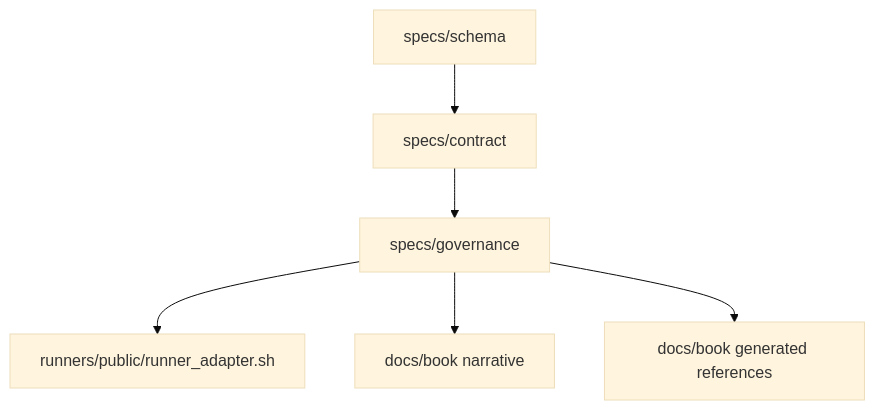
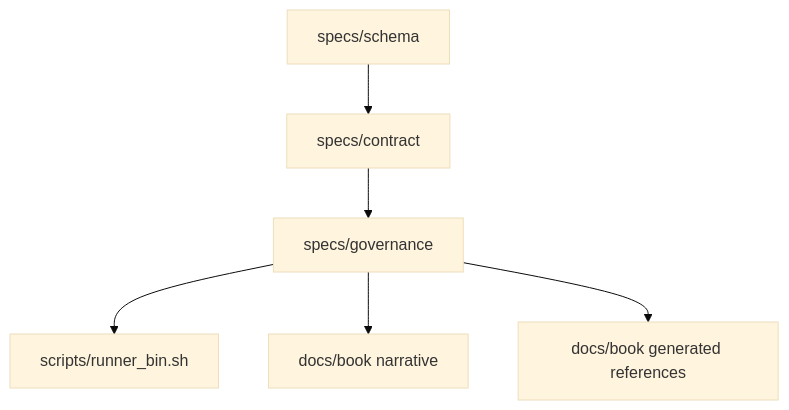
One commit to jonruttan/data-contracts changed the first of 2 diagrams in docs/book/25_system_topology.md. Above: the diagram before and after it, drawn with Mermaid (base theme). The commit also changed 34 other files, not shown here.

Commit message:
Replace runner_adapter usage with scripts/runner_bin across specs/docs/ci

````diff
--- a/docs/book/25_system_topology.md
+++ b/docs/book/25_system_topology.md
@@ -48,8 +48,8 @@
 ```mermaid
 flowchart TB
   A[specs/schema] --> D[specs/contract]
   D --> E[specs/governance]
-  E --> F[runners/public/runner_adapter.sh]
+  E --> F[scripts/runner_bin.sh]
   E --> G[docs/book narrative]
   E --> H[docs/book generated references]
 ```
````
